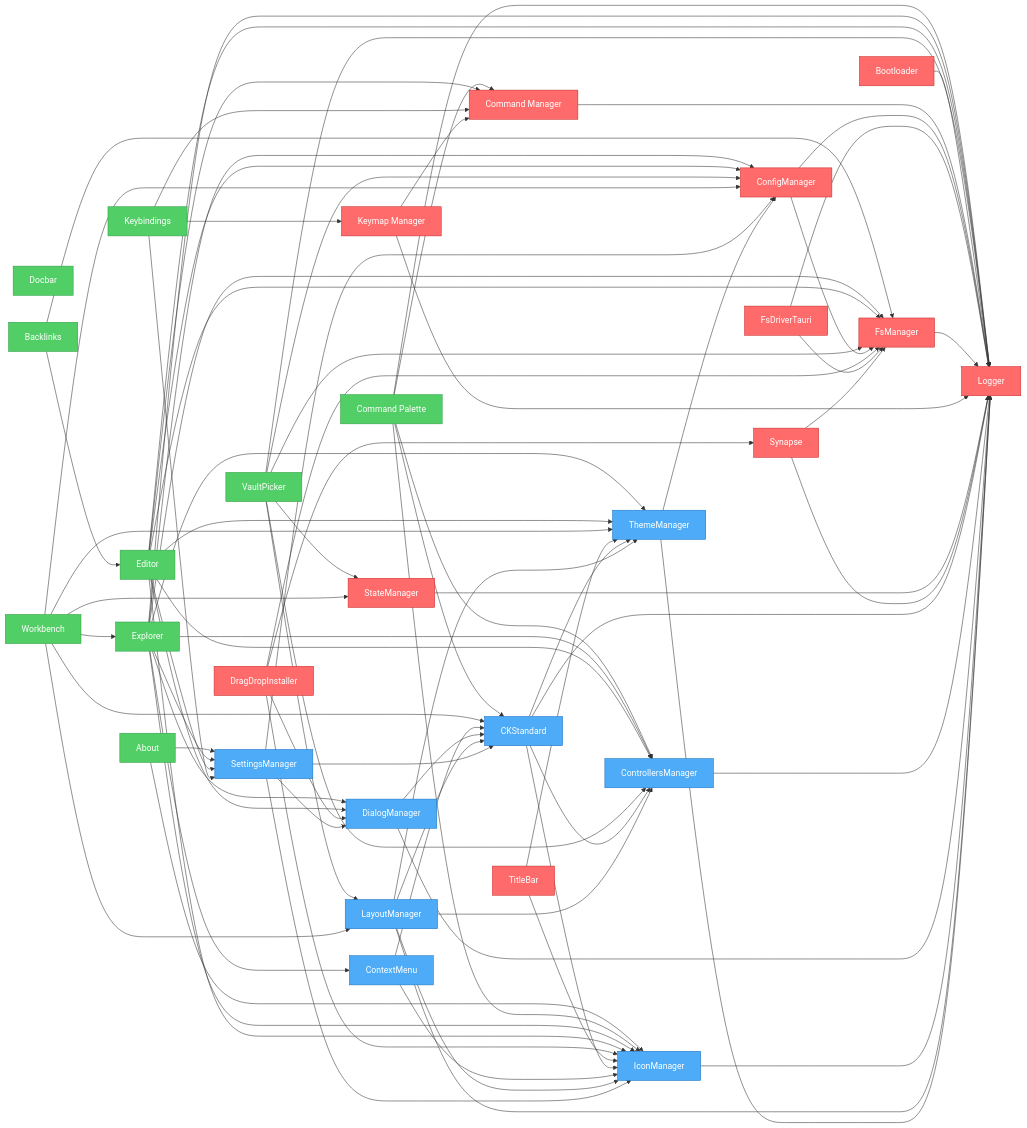
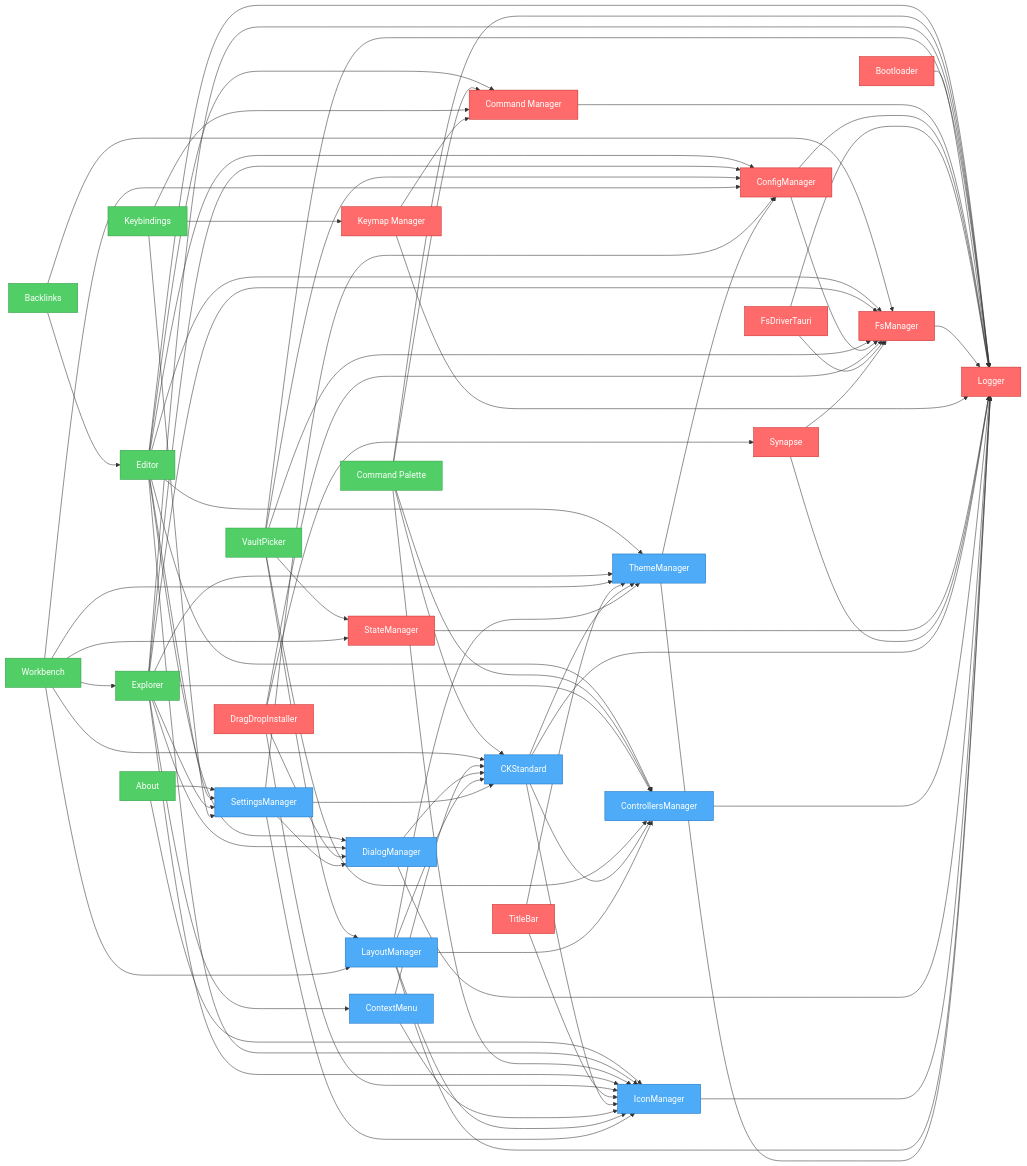
The diagram in artifacts/graph.mmd (khton-tech/notehub.md), drawn with Mermaid before and after one commit. The commit also changed 34 other files, not shown here.

Commit message:
feat: Add `ext.docbar` plugin with its dependencies and a new graph artifact.

```diff
--- a/artifacts/graph.mmd
+++ b/artifacts/graph.mmd
@@ -1,119 +1,118 @@
 flowchart LR
-    ext_docbar["Docbar"]
     nh_features_about["About"]
+    nh_features_backlinks["Backlinks"]
+    nh_features_editor["Editor"]
     nh_features_command-palette["Command Palette"]
-    nh_features_backlinks["Backlinks"]
     nh_features_explorer["Explorer"]
-    nh_features_editor["Editor"]
     nh_features_keybindings["Keybindings"]
     nh_features_vault-picker["VaultPicker"]
     nh_features_workbench["Workbench"]
     nh_system_bootloader["Bootloader"]
     nh_system_command-manager["Command Manager"]
     nh_system_config-manager["ConfigManager"]
     nh_system_drag-drop["DragDropInstaller"]
     nh_system_fs-driver-tauri["FsDriverTauri"]
     nh_system_fs-manager["FsManager"]
     nh_system_keymap["Keymap Manager"]
     nh_system_logger["Logger"]
     nh_system_state-manager["StateManager"]
     nh_system_synapse["Synapse"]
     nh_system_titlebar["TitleBar"]
     nh_ui_ck-standard["CKStandard"]
     nh_ui_context-menu["ContextMenu"]
     nh_ui_controllers-manager["ControllersManager"]
     nh_ui_dialog-manager["DialogManager"]
     nh_ui_icon-manager["IconManager"]
     nh_ui_layout-manager["LayoutManager"]
     nh_ui_settings-manager["SettingsManager"]
     nh_ui_theme-manager["ThemeManager"]
     nh_features_about --> nh_ui_settings-manager
     nh_features_about --> nh_ui_icon-manager
+    nh_features_backlinks --> nh_features_editor
+    nh_features_backlinks --> nh_system_fs-manager
+    nh_features_editor --> nh_system_config-manager
+    nh_features_editor --> nh_system_command-manager
+    nh_features_editor --> nh_ui_settings-manager
+    nh_features_editor --> nh_system_fs-manager
+    nh_features_editor --> nh_system_logger
+    nh_features_editor --> nh_ui_controllers-manager
+    nh_features_editor --> nh_ui_dialog-manager
+    nh_features_editor --> nh_ui_icon-manager
+    nh_features_editor --> nh_ui_theme-manager
     nh_features_command-palette --> nh_system_command-manager
     nh_features_command-palette --> nh_system_logger
     nh_features_command-palette --> nh_ui_controllers-manager
     nh_features_command-palette --> nh_ui_ck-standard
     nh_features_command-palette --> nh_ui_icon-manager
-    nh_features_backlinks --> nh_features_editor
-    nh_features_backlinks --> nh_system_fs-manager
     nh_features_explorer --> nh_system_config-manager
     nh_features_explorer --> nh_ui_settings-manager
     nh_features_explorer --> nh_system_fs-manager
     nh_features_explorer --> nh_system_logger
     nh_features_explorer --> nh_ui_controllers-manager
     nh_features_explorer --> nh_ui_icon-manager
     nh_features_explorer --> nh_ui_theme-manager
     nh_features_explorer --> nh_ui_context-menu
     nh_features_explorer --> nh_ui_dialog-manager
-    nh_features_editor --> nh_system_config-manager
-    nh_features_editor --> nh_system_command-manager
-    nh_features_editor --> nh_ui_settings-manager
-    nh_features_editor --> nh_system_fs-manager
-    nh_features_editor --> nh_system_logger
-    nh_features_editor --> nh_ui_controllers-manager
-    nh_features_editor --> nh_ui_dialog-manager
-    nh_features_editor --> nh_ui_icon-manager
-    nh_features_editor --> nh_ui_theme-manager
     nh_features_keybindings --> nh_ui_settings-manager
     nh_features_keybindings --> nh_system_command-manager
     nh_features_keybindings --> nh_system_keymap
     nh_features_vault-picker --> nh_system_fs-manager
     nh_features_vault-picker --> nh_system_config-manager
     nh_features_vault-picker --> nh_system_state-manager
     nh_features_vault-picker --> nh_system_logger
     nh_features_vault-picker --> nh_ui_controllers-manager
     nh_features_vault-picker --> nh_ui_layout-manager
     nh_features_workbench --> nh_system_config-manager
     nh_features_workbench --> nh_ui_layout-manager
     nh_features_workbench --> nh_ui_theme-manager
     nh_features_workbench --> nh_ui_ck-standard
     nh_features_workbench --> nh_system_state-manager
     nh_features_workbench --> nh_features_explorer
     nh_system_bootloader --> nh_system_logger
     nh_system_command-manager --> nh_system_logger
     nh_system_config-manager --> nh_system_logger
     nh_system_config-manager --> nh_system_fs-manager
     nh_system_drag-drop --> nh_ui_icon-manager
     nh_system_drag-drop --> nh_ui_dialog-manager
     nh_system_drag-drop --> nh_system_fs-manager
     nh_system_drag-drop --> nh_system_synapse
     nh_system_fs-driver-tauri --> nh_system_logger
     nh_system_fs-driver-tauri --> nh_system_fs-manager
     nh_system_fs-manager --> nh_system_logger
     nh_system_keymap --> nh_system_command-manager
     nh_system_keymap --> nh_system_logger
     nh_system_state-manager --> nh_system_logger
     nh_system_synapse --> nh_system_fs-manager
     nh_system_synapse --> nh_system_logger
     nh_system_titlebar --> nh_ui_icon-manager
     nh_system_titlebar --> nh_ui_theme-manager
     nh_ui_ck-standard --> nh_system_logger
     nh_ui_ck-standard --> nh_ui_controllers-manager
     nh_ui_ck-standard --> nh_ui_icon-manager
     nh_ui_ck-standard --> nh_ui_theme-manager
     nh_ui_context-menu --> nh_ui_icon-manager
     nh_ui_context-menu --> nh_ui_ck-standard
     nh_ui_controllers-manager --> nh_system_logger
     nh_ui_dialog-manager --> nh_system_logger
     nh_ui_dialog-manager --> nh_ui_ck-standard
     nh_ui_icon-manager --> nh_system_logger
     nh_ui_layout-manager --> nh_system_logger
     nh_ui_layout-manager --> nh_ui_theme-manager
     nh_ui_layout-manager --> nh_ui_icon-manager
     nh_ui_layout-manager --> nh_ui_controllers-manager
     nh_ui_layout-manager --> nh_ui_ck-standard
     nh_ui_settings-manager --> nh_system_config-manager
     nh_ui_settings-manager --> nh_ui_ck-standard
     nh_ui_settings-manager --> nh_ui_icon-manager
     nh_ui_settings-manager --> nh_ui_dialog-manager
     nh_ui_theme-manager --> nh_system_logger
     nh_ui_theme-manager --> nh_system_config-manager
 
     %% Styles
     classDef system fill:#ff6b6b,stroke:#c92a2a,color:#fff
     classDef ui fill:#4dabf7,stroke:#1971c2,color:#fff
     classDef feature fill:#51cf66,stroke:#2f9e44,color:#fff
-    class ext_docbar,nh_features_about,nh_features_backlinks,nh_features_keybindings,nh_features_vault-picker feature
-    class nh_features_command-palette,nh_features_explorer,nh_features_editor,nh_features_workbench feature
+    class nh_features_about,nh_features_backlinks,nh_features_keybindings,nh_features_vault-picker feature
+    class nh_features_editor,nh_features_command-palette,nh_features_explorer,nh_features_workbench feature
     class nh_system_bootloader,nh_system_command-manager,nh_system_config-manager,nh_system_drag-drop,nh_system_fs-driver-tauri,nh_system_fs-manager,nh_system_keymap,nh_system_logger,nh_system_state-manager,nh_system_synapse,nh_system_titlebar system
     class nh_ui_ck-standard,nh_ui_context-menu,nh_ui_controllers-manager,nh_ui_dialog-manager,nh_ui_icon-manager,nh_ui_layout-manager,nh_ui_settings-manager,nh_ui_theme-manager ui
```
